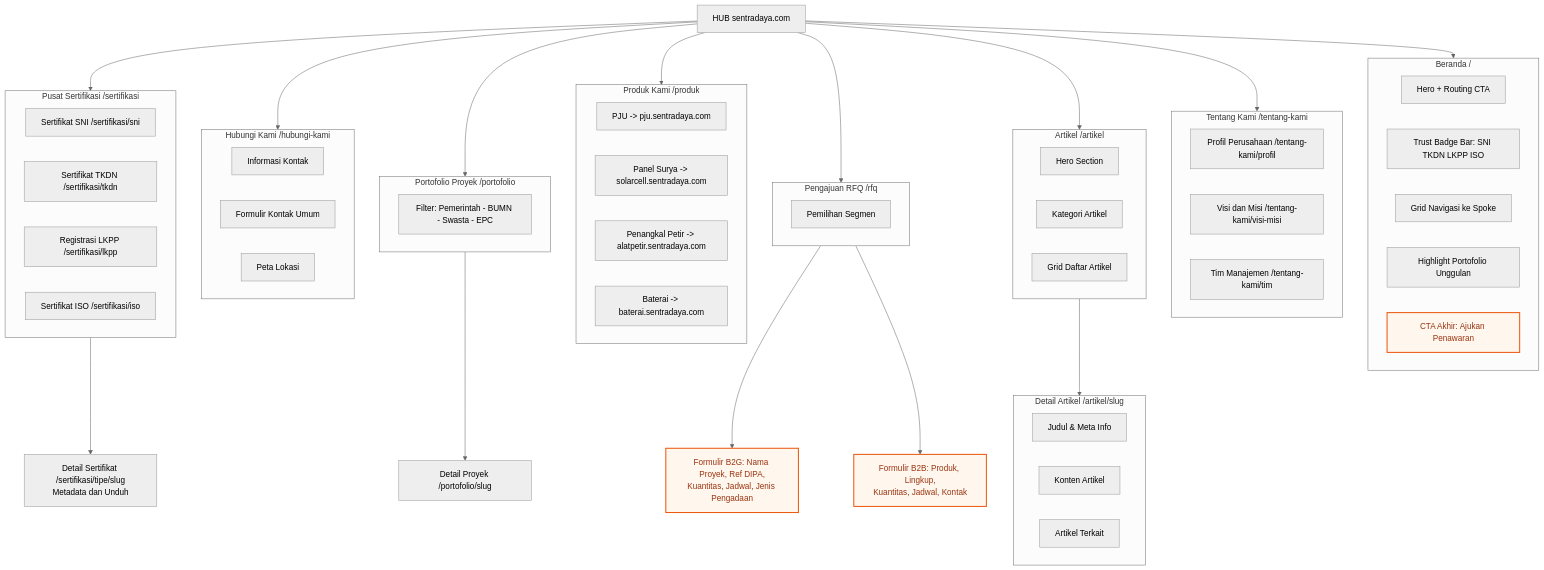
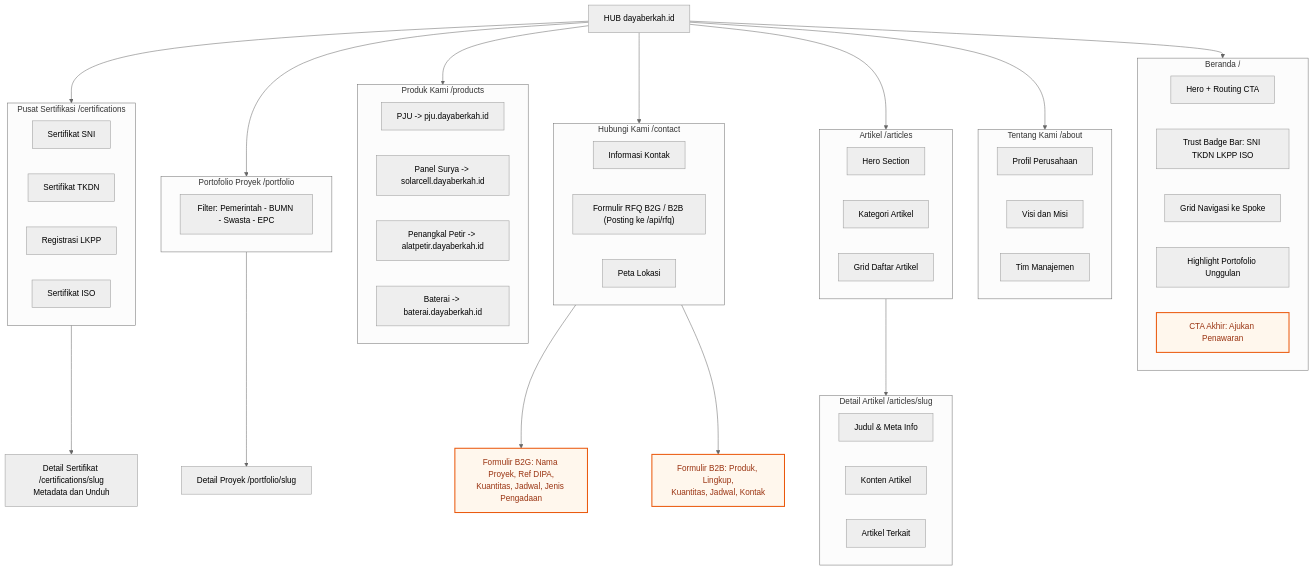
The first of 3 diagrams in docs/core/information-architecture/ia-sitemaps.md (pxrzival404/arostech-hub), drawn with Mermaid (neutral theme) before and after one commit. The commit also changed other lines of this file and 27 other files, not shown here.

````diff
--- a/docs/core/information-architecture/ia-sitemaps.md
+++ b/docs/core/information-architecture/ia-sitemaps.md
@@ -13,73 +14,69 @@
 ```mermaid
 ---
 config:
   layout: dagre
 ---
 flowchart TB
     classDef entry fill:#fef3c7,stroke:#d97706,stroke-width:2px,color:#92400e
     classDef conversion fill:#fff7ed,stroke:#ea580c,stroke-width:2px,color:#9a3412
 
  subgraph HOME["Beranda /"]
     direction LR
         H1["Hero + Routing CTA"]
         H2["Trust Badge Bar: SNI TKDN LKPP ISO"]
         H3["Grid Navigasi ke Spoke"]
         H4["Highlight Portofolio Unggulan"]
         H5["CTA Akhir: Ajukan Penawaran"]
   end
- subgraph ABOUT["Tentang Kami /tentang-kami"]
+ subgraph ABOUT["Tentang Kami /about"]
     direction LR
-        A1["Profil Perusahaan /tentang-kami/profil"]
-        A2["Visi dan Misi /tentang-kami/visi-misi"]
-        A3["Tim Manajemen /tentang-kami/tim"]
+        A1["Profil Perusahaan"]
+        A2["Visi dan Misi"]
+        A3["Tim Manajemen"]
   end
- subgraph CERT["Pusat Sertifikasi /sertifikasi"]
+ subgraph CERT["Pusat Sertifikasi /certifications"]
     direction LR
-        C1["Sertifikat SNI /sertifikasi/sni"]
-        C2["Sertifikat TKDN /sertifikasi/tkdn"]
-        C3["Registrasi LKPP /sertifikasi/lkpp"]
-        C4["Sertifikat ISO /sertifikasi/iso"]
+        C1["Sertifikat SNI"]
+        C2["Sertifikat TKDN"]
+        C3["Registrasi LKPP"]
+        C4["Sertifikat ISO"]
   end
- subgraph PORT["Portofolio Proyek /portofolio"]
+ subgraph PORT["Portofolio Proyek /portfolio"]
     direction LR
         PF["Filter: Pemerintah - BUMN - Swasta - EPC"]
   end
- subgraph PROD["Produk Kami /produk"]
+ subgraph PROD["Produk Kami /products"]
     direction LR
-        PR1["PJU -> pju.sentradaya.com"]
-        PR2["Panel Surya -> solarcell.sentradaya.com"]
-        PR3["Penangkal Petir -> alatpetir.sentradaya.com"]
-        PR4["Baterai -> baterai.sentradaya.com"]
+        PR1["PJU -> pju.dayaberkah.id"]
+        PR2["Panel Surya -> solarcell.dayaberkah.id"]
+        PR3["Penangkal Petir -> alatpetir.dayaberkah.id"]
+        PR4["Baterai -> baterai.dayaberkah.id"]
   end
- subgraph RFQ["Pengajuan RFQ /rfq"]
-    direction LR
-        RS["Pemilihan Segmen"]
-  end
- subgraph CONTACT["Hubungi Kami /hubungi-kami"]
+ subgraph CONTACT["Hubungi Kami /contact"]
     direction LR
         CT1["Informasi Kontak"]
-        CT2["Formulir Kontak Umum"]
+        CT2["Formulir RFQ B2G / B2B (Posting ke /api/rfq)"]
         CT3["Peta Lokasi"]
   end
- subgraph ART["Artikel /artikel"]
+ subgraph ART["Artikel /articles"]
     direction LR
         ART1["Hero Section"]
         ART2["Kategori Artikel"]
         ART3["Grid Daftar Artikel"]
   end
- subgraph ART_DETAIL["Detail Artikel /artikel/slug"]
+ subgraph ART_DETAIL["Detail Artikel /articles/slug"]
     direction LR
         AD1["Judul & Meta Info"]
         AD2["Konten Artikel"]
         AD3["Artikel Terkait"]
   end
-    HUB["HUB sentradaya.com"] --> HOME & ABOUT & CERT & PORT & RFQ & PROD & CONTACT & ART
-    CERT --> CD["Detail Sertifikat /sertifikasi/tipe/slug\nMetadata dan Unduh"]
-    RFQ --> RG["Formulir B2G: Nama Proyek, Ref DIPA,\nKuantitas, Jadwal, Jenis Pengadaan"]
-    RFQ --> RB["Formulir B2B: Produk, Lingkup,\nKuantitas, Jadwal, Kontak"]
-    PORT --> PD["Detail Proyek /portofolio/slug"]
+    HUB["HUB dayaberkah.id"] --> HOME & ABOUT & CERT & PORT & PROD & CONTACT & ART
+    CERT --> CD["Detail Sertifikat /certifications/slug\nMetadata dan Unduh"]
+    CONTACT --> RG["Formulir B2G: Nama Proyek, Ref DIPA,\nKuantitas, Jadwal, Jenis Pengadaan"]
+    CONTACT --> RB["Formulir B2B: Produk, Lingkup,\nKuantitas, Jadwal, Kontak"]
+    PORT --> PD["Detail Proyek /portfolio/slug"]
     ART --> ART_DETAIL
     class H5 conversion
     class RG conversion
     class RB conversion
 ```
````
